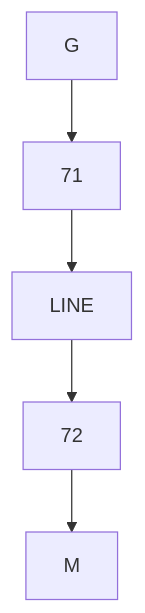
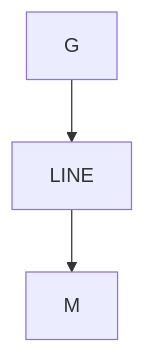
Before and after one commit to KupipiKuki/pdf2md: the second of 4 diagrams in output.md, drawn with Mermaid. The commit also changed other lines of this file and 3 other files, not shown here.

````diff
--- a/output.md
+++ b/output.md
@@ -128,12 +124,8 @@
 ```mermaid
 flowchart TD
     G_1["G"]
-    node_2["71"]
-    LINE_3["LINE"]
-    node_4["72"]
-    M_5["M"]
-    G_1 --> node_2
-    node_2 --> LINE_3
-    LINE_3 --> node_4
-    node_4 --> M_5
+    LINE_2["LINE"]
+    M_3["M"]
+    G_1 --> LINE_2
+    LINE_2 --> M_3
 ```
````
